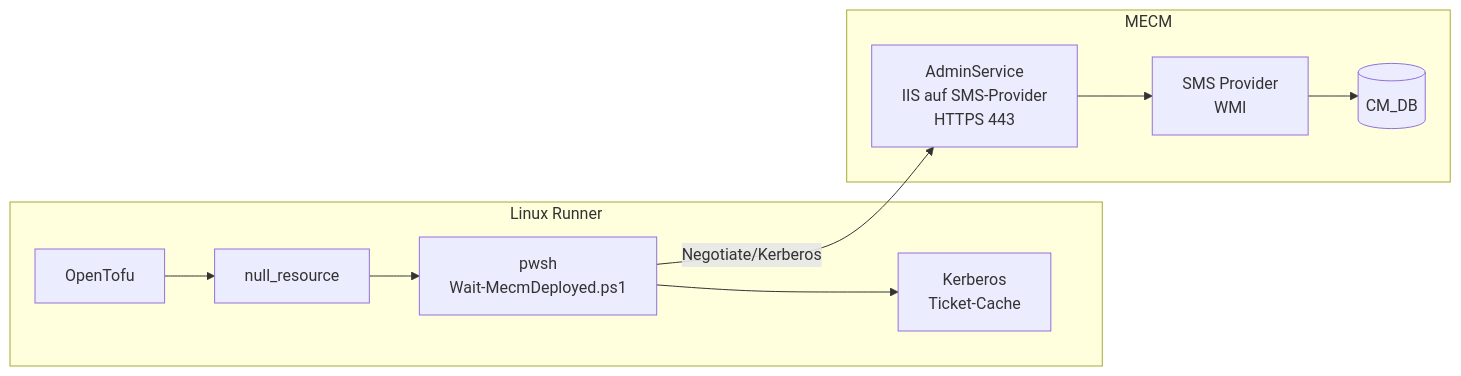
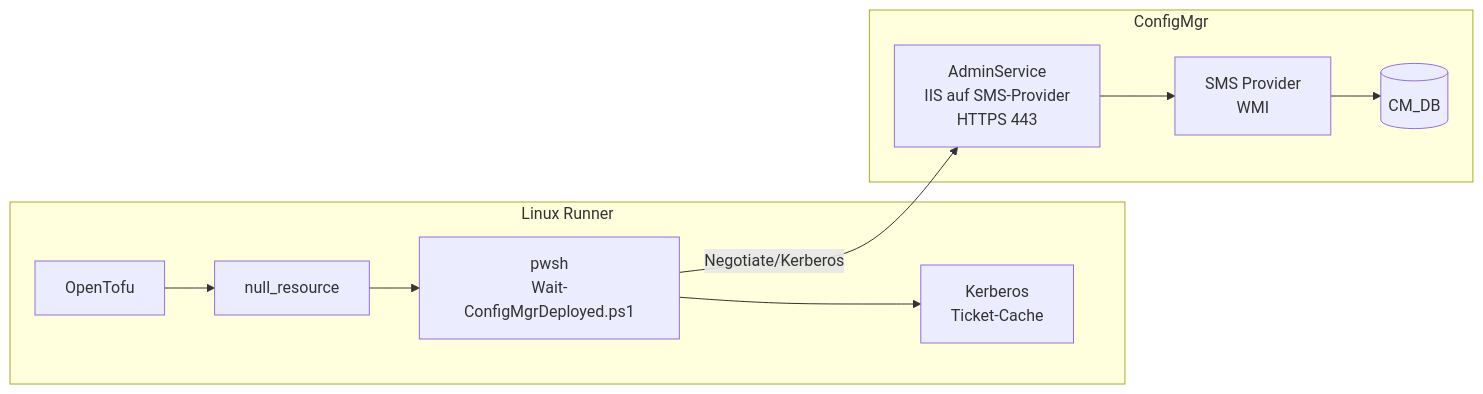
Before and after one commit to monoeagle/lucent-job-mecm-ps-connect: the third of 8 diagrams in OVERVIEW.md, drawn with Mermaid. The commit also changed other lines of this file and 22 other files, not shown here.

First line of the commit message:
Rename MECM -> ConfigMgr; add naming history and 2026 compat check

````diff
--- a/OVERVIEW.md
+++ b/OVERVIEW.md
@@ -78,14 +78,14 @@
 ```mermaid
 flowchart LR
     subgraph Linux Runner
         TF[OpenTofu] --> NR[null_resource]
-        NR --> PWSH[pwsh<br/>Wait-MecmDeployed.ps1]
+        NR --> PWSH[pwsh<br/>Wait-ConfigMgrDeployed.ps1]
         PWSH --> KRB[Kerberos<br/>Ticket-Cache]
     end
-    subgraph MECM
+    subgraph ConfigMgr
         AS[AdminService<br/>IIS auf SMS-Provider<br/>HTTPS 443]
         AS --> SP[SMS Provider<br/>WMI]
         SP --> DB[(CM_DB)]
     end
     PWSH -- Negotiate/Kerberos --> AS
 ```
````
